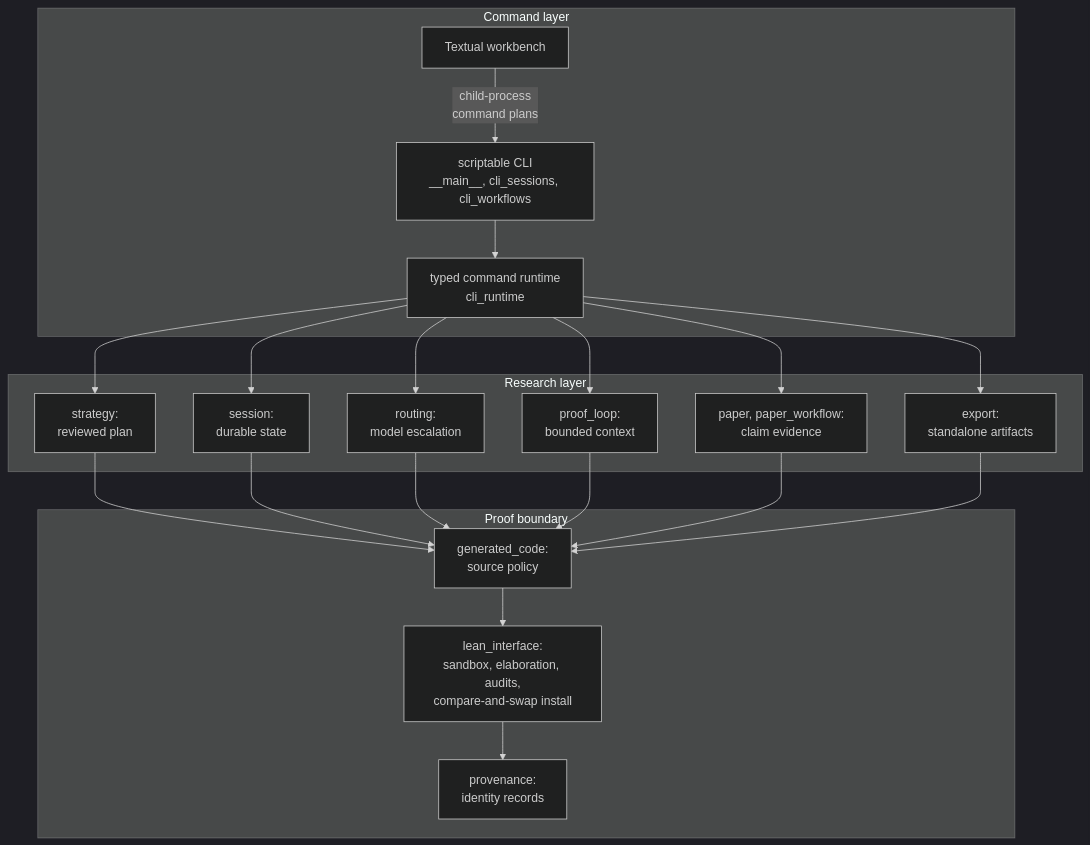
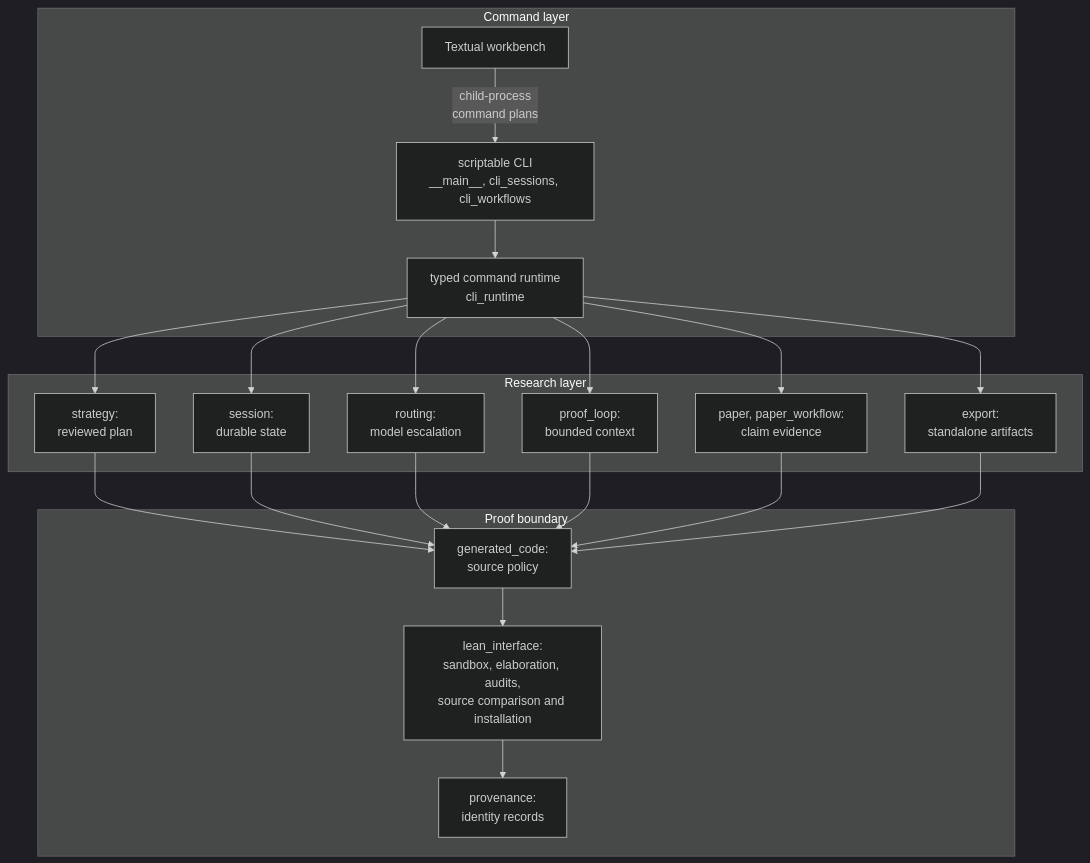
One commit to LeonardAukea/autolean changed the diagram in docs/explanation/architecture.md. Above: the diagram before and after it, drawn with Mermaid (dark theme). The commit also changed other lines of this file and 124 other files, not shown here.

````diff
--- a/docs/explanation/architecture.md
+++ b/docs/explanation/architecture.md
@@ -7,27 +7,27 @@
 ```mermaid
 flowchart TD
     subgraph commands["Command layer"]
         cli["scriptable CLI<br/>__main__, cli_sessions, cli_workflows"]
         workbench["Textual workbench"]
         runtime["typed command runtime<br/>cli_runtime"]
     end
     subgraph research["Research layer"]
         strategy["strategy:<br/>reviewed plan"]
         session["session:<br/>durable state"]
         routing["routing:<br/>model escalation"]
         proofloop["proof_loop:<br/>bounded context"]
         paper["paper, paper_workflow:<br/>claim evidence"]
         export["export:<br/>standalone artifacts"]
     end
     subgraph boundary["Proof boundary"]
         policy["generated_code:<br/>source policy"]
-        lean["lean_interface:<br/>sandbox, elaboration, audits,<br/>compare-and-swap install"]
+        lean["lean_interface:<br/>sandbox, elaboration, audits,<br/>source comparison and installation"]
         provenance["provenance:<br/>identity records"]
     end
 
     cli --> runtime
     workbench -- "child-process<br/>command plans" --> cli
     runtime --> strategy & session & routing & proofloop & paper & export
     strategy & session & routing & proofloop & paper & export --> policy
     policy --> lean --> provenance
 ```
````
